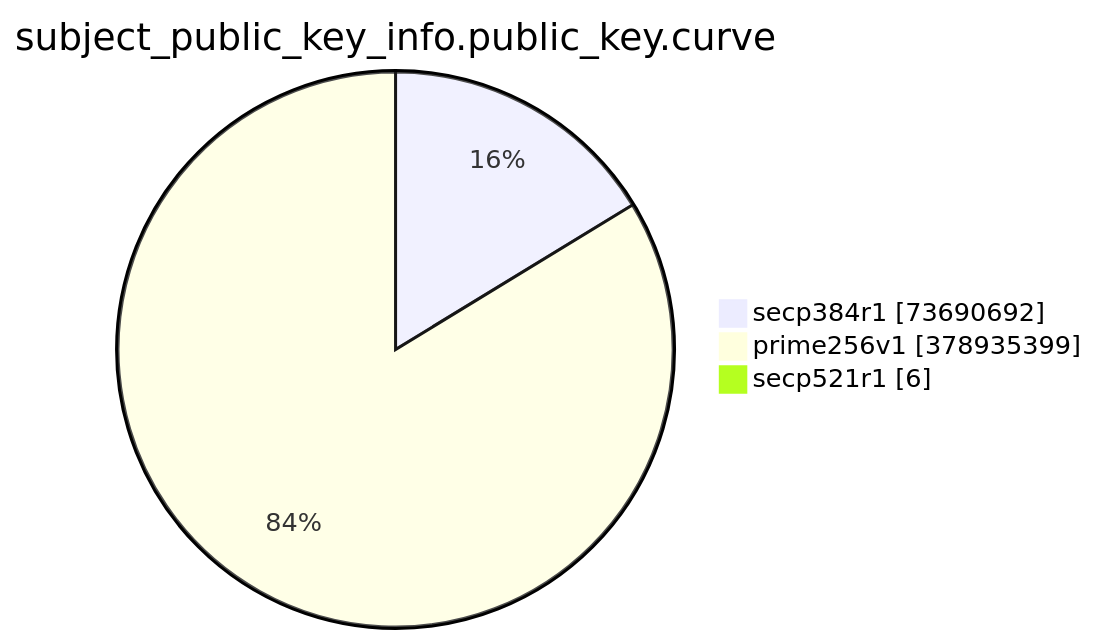
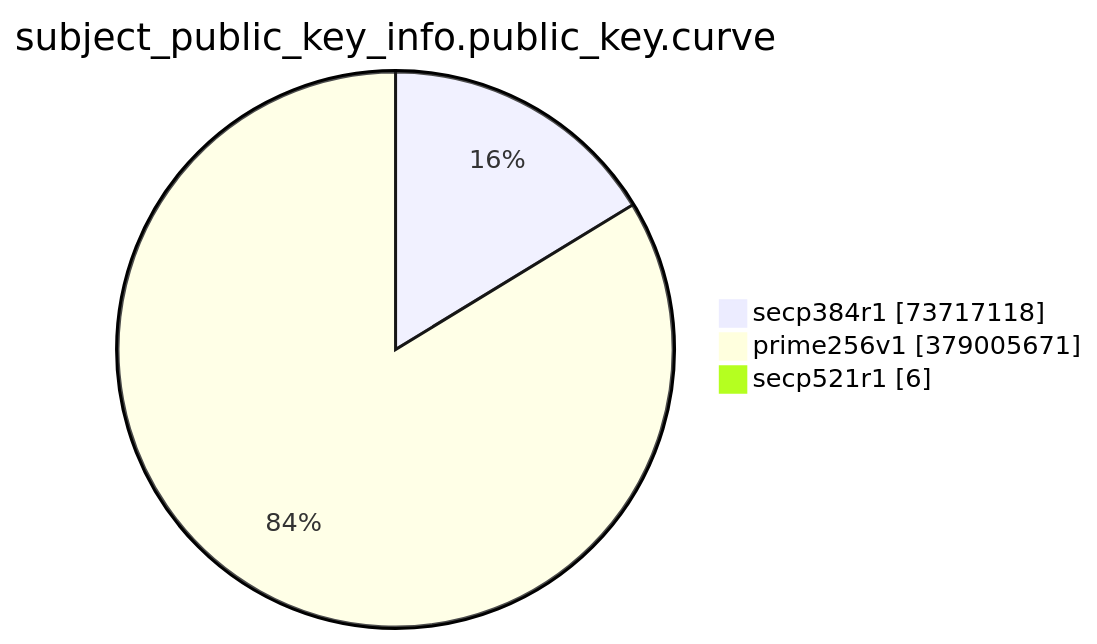
The eighth of 15 diagrams in TOTAL/README.md (christiankrug/ctmonitor_visualization), drawn with Mermaid before and after one commit. The commit also changed other lines of this file, not shown here.

````diff
--- a/TOTAL/README.md
+++ b/TOTAL/README.md
@@ -3094,7 +3094,7 @@
 ```mermaid
 pie showData
 title subject_public_key_info.public_key.curve
-"secp384r1" :73690692
-"prime256v1" :378935399
+"secp384r1" :73717118
+"prime256v1" :379005671
 "secp521r1" :6
 ```
````
